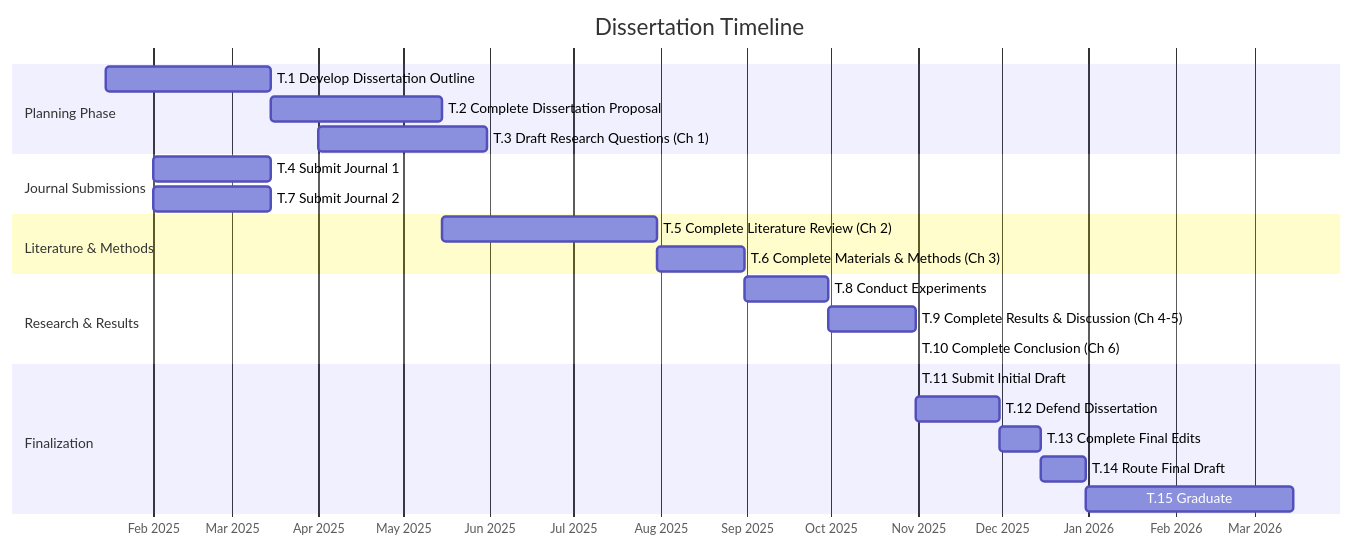
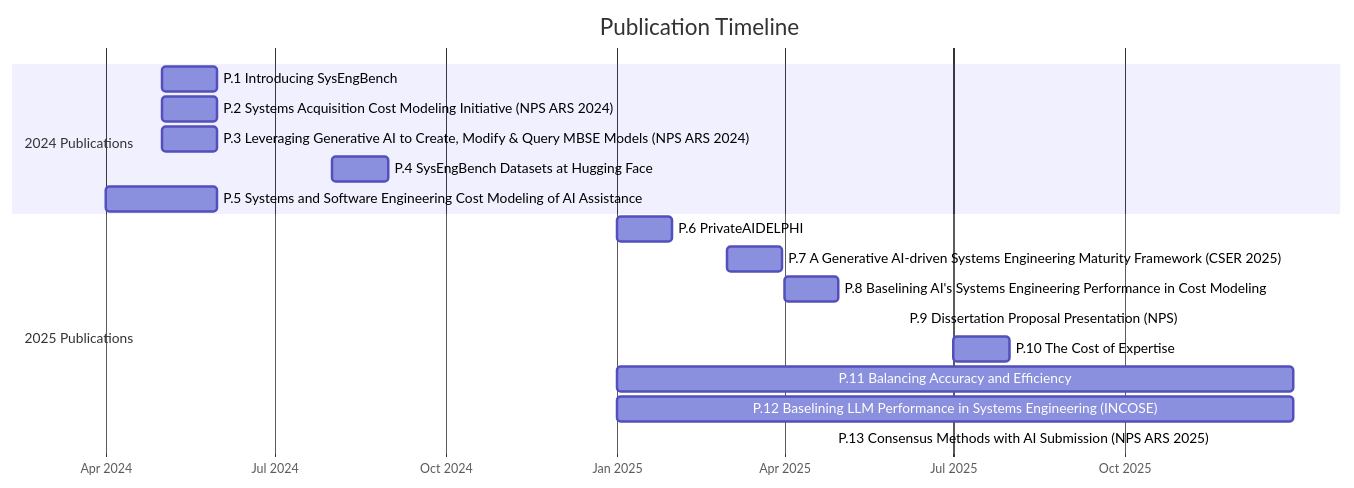
Before and after one commit to ryan-a-bell/dissertation: the diagram in docs/publications/publication_gantt_timeline.md, drawn with Mermaid. The commit also changed other lines of this file and 15 other files, not shown here.

````diff
--- a/docs/publications/publication_gantt_timeline.md
+++ b/docs/publications/publication_gantt_timeline.md
@@ -9,32 +7,24 @@
 ```mermaid
 gantt
-    title Dissertation Timeline
+    title Publication Timeline
     dateFormat  YYYY-MM-DD
     axisFormat %b %Y
     todayMarker on
-    
-    section Planning Phase
-    T.1 Develop Dissertation Outline       :t1, 2025-01-15, 2025-03-15
-    T.2 Complete Dissertation Proposal     :t2, after t1, 2025-05-15
-    T.3 Draft Research Questions (Ch 1)    :t3, 2025-04-01, 2025-05-31
-    
-    section Journal Submissions
-    T.4 Submit Journal 1                   :t4, 2025-02-01, 2025-03-15
-    T.7 Submit Journal 2                   :t7, 2025-02-01, 2025-03-15
-    
-    section Literature & Methods
-    T.5 Complete Literature Review (Ch 2)  :t5, after t2, 2025-07-31
-    T.6 Complete Materials & Methods (Ch 3):t6, after t5, 2025-08-31
-    
-    section Research & Results
-    T.8 Conduct Experiments                :t8, after t6, 2025-09-30
-    T.9 Complete Results & Discussion (Ch 4-5) :t9, after t8, 2025-10-31
-    T.10 Complete Conclusion (Ch 6)        :t10, after t9, 2025-10-31
-    
-    section Finalization
-    T.11 Submit Initial Draft              :t11, after t10, 2025-10-31
-    T.12 Defend Dissertation               :t12, after t11, 2025-11-30
-    T.13 Complete Final Edits              :t13, after t12, 2025-12-15
-    T.14 Route Final Draft                 :t14, after t13, 2025-12-31
-    T.15 Graduate                          :t15, after t14, 2026-03-15
+
+    section 2024 Publications
+    P.1 Introducing SysEngBench: A Novel Benchmark (INCOSE IS 2024) :p1, 2024-05-01, 2024-05-31
+    P.2 Systems Acquisition Cost Modeling Initiative (NPS ARS 2024) :p2, 2024-05-01, 2024-05-31
+    P.3 Leveraging Generative AI to Create, Modify & Query MBSE Models (NPS ARS 2024) :p3, 2024-05-01, 2024-05-31
+    P.4 SysEngBench Datasets at Hugging Face :p4, 2024-08-01, 2024-08-31
+    P.5 Systems and Software Engineering Cost Modeling of AI Assistance :p5, 2024-04-01, 2024-05-31
+
+    section 2025 Publications
+    P.6 PrivateAIDELPHI: Adopting and Adapting Private AI (RAMS 2025) :p6, 2025-01-01, 2025-01-31
+    P.7 A Generative AI-driven Systems Engineering Maturity Framework (CSER 2025) :p7, 2025-03-01, 2025-03-31
+    P.8 Baselining AI's Systems Engineering Performance in Cost Modeling :p8, 2025-04-01, 2025-04-30
+    P.9 Dissertation Proposal Presentation (NPS) :p9, 2025-06-04, 2025-06-04
+    P.10 The Cost of Expertise: Performance Trade-Offs in LLMs (INCOSE IS 2025) :p10, 2025-07-01, 2025-07-31
+    P.11 Balancing Accuracy and Efficiency: LLM Quantization Trade-offs (INCOSE) :p11, 2025-01-01, 2025-12-31
+    P.12 Baselining LLM Performance in Systems Engineering (INCOSE) :p12, 2025-01-01, 2025-12-31
+    P.13 Consensus Methods with AI Submission (NPS ARS 2025) :p13, 2025-04-27, 2025-04-27
 ```
````
